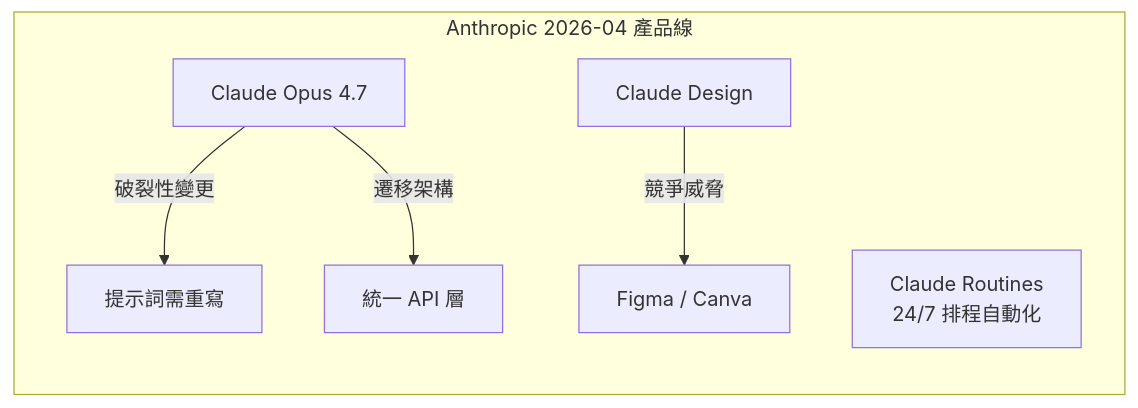
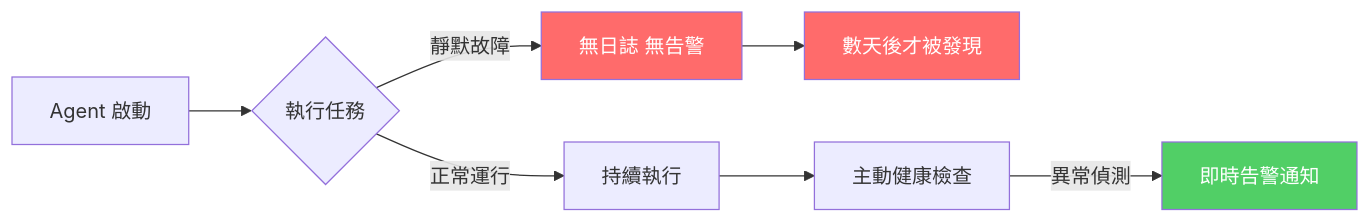
The second of 2 diagrams in 20-daily/2026-04-21.md (nick-xrex/ai-daily-content), drawn with Mermaid before and after one commit. The commit also changed other lines of this file, not shown here.

Commit message:
Regen 4/21 with 2-line column layout + category mermaid fix

````diff
--- a/20-daily/2026-04-21.md
+++ b/20-daily/2026-04-21.md
@@ -51,9 +63,12 @@
 ```mermaid
 flowchart LR
-    subgraph Anthropic_Apr2026[Anthropic 2026-04 產品線]
-        A[Claude Opus 4.7] -->|破裂性變更| B[提示詞需重寫]
-        A -->|遷移架構| C[統一 API 層]
-        D[Claude Design] -->|競爭威脅| E[Figma / Canva]
-        F[Claude Routines\n24/7 排程自動化]
-    end
+    A[Agent 啟動] --> B{執行任務}
+    B -->|正常運行| C[持續執行]
+    B -->|靜默故障| D[無日誌 無告警]
+    D --> E[數天後才被發現]
+    C --> F[主動健康檢查]
+    F -->|異常偵測| G[即時告警通知]
+    style D fill:#ff6b6b,color:#fff
+    style E fill:#ff6b6b,color:#fff
+    style G fill:#51cf66,color:#fff
 ```
````
